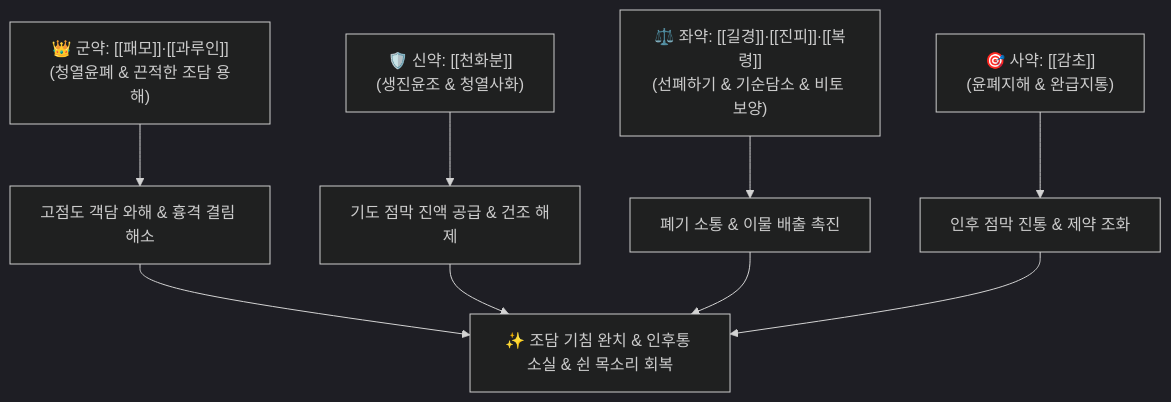
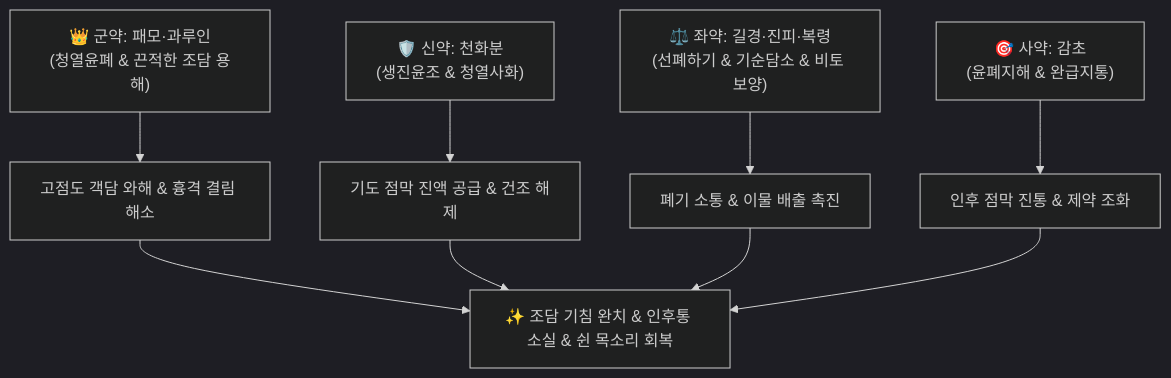
One commit to simbio11/simbio-digital-garden2 changed the diagram in content/2. 약리 공부/처방/03_화담·거습·이수제/패모괄루산.md. Above: the diagram before and after it, drawn with Mermaid (dark theme). The commit also changed other lines of this file and 122 other files, not shown here.

````diff
--- a/content/2. 약리 공부/처방/03_화담·거습·이수제/패모괄루산.md
+++ b/content/2. 약리 공부/처방/03_화담·거습·이수제/패모괄루산.md
@@ -49,11 +49,11 @@
 ```mermaid
 graph TD
-    Gun["👑 군약: [[패모]]·[[과루인]]<br>(청열윤폐 & 끈적한 조담 용해)"] --> Dissolve["고점도 객담 와해 & 흉격 결림 해소"]
-    Sin["🛡️ 신약: [[천화분]]<br>(생진윤조 & 청열사화)"] --> Moist["기도 점막 진액 공급 & 건조 해제"]
-    Jwa["⚖️ 좌약: [[길경]]·[[진피]]·[[복령]]<br>(선폐하기 & 기순담소 & 비토 보양)"] --> Flow["폐기 소통 & 이물 배출 촉진"]
-    Sa["🎯 사약: [[감초]]<br>(윤폐지해 & 완급지통)"] --> Relax["인후 점막 진통 & 제약 조화"]
+    Gun["👑 군약: 패모·과루인<br>(청열윤폐 & 끈적한 조담 용해)"] --> Dissolve["고점도 객담 와해 & 흉격 결림 해소"]
+    Sin["🛡️ 신약: 천화분<br>(생진윤조 & 청열사화)"] --> Moist["기도 점막 진액 공급 & 건조 해제"]
+    Jwa["⚖️ 좌약: 길경·진피·복령<br>(선폐하기 & 기순담소 & 비토 보양)"] --> Flow["폐기 소통 & 이물 배출 촉진"]
+    Sa["🎯 사약: 감초<br>(윤폐지해 & 완급지통)"] --> Relax["인후 점막 진통 & 제약 조화"]
     Dissolve --> Outcome["✨ 조담 기침 완치 & 인후통 소실 & 쉰 목소리 회복"]
     Moist --> Outcome
     Flow --> Outcome
     Relax --> Outcome
 ```
````
